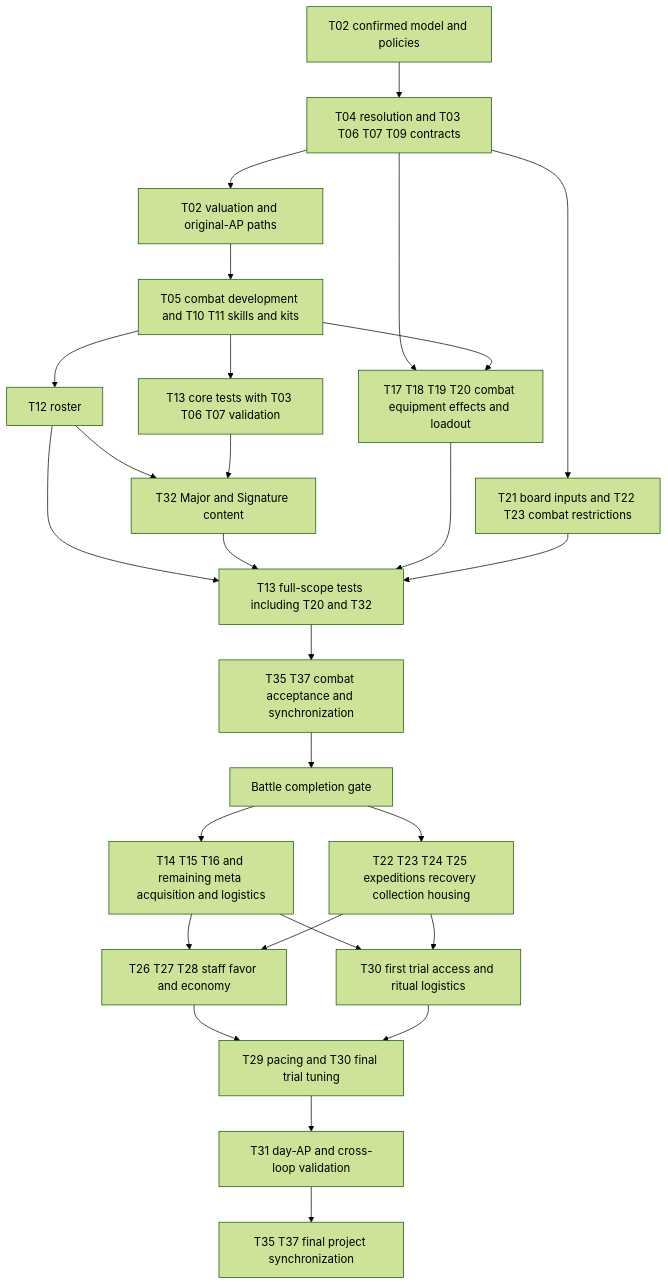
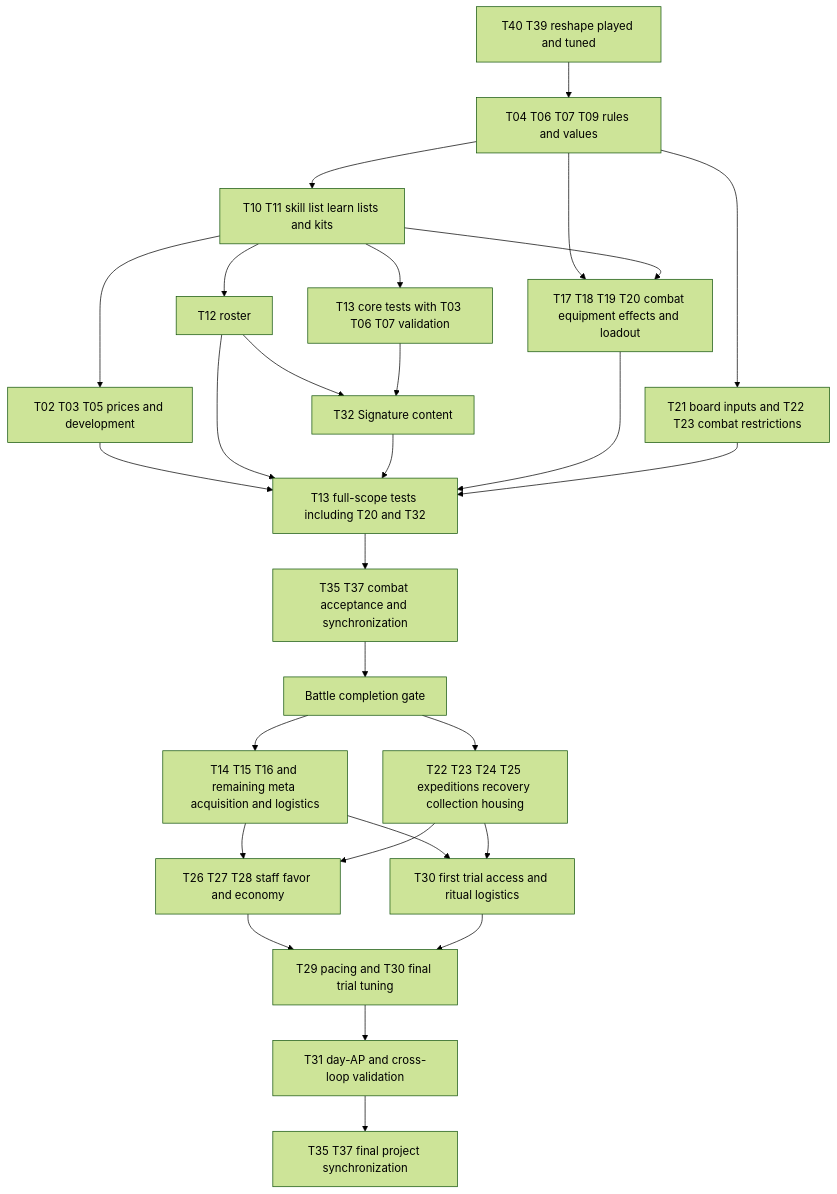
The diagram in docs/temp_todo.md (papierkorp/road_of_the_beasts), drawn with Mermaid (forest theme) before and after one commit. The commit also changed other lines of this file and 134 other files, not shown here.

````diff
--- a/docs/temp_todo.md
+++ b/docs/temp_todo.md
@@ -741,29 +553,30 @@
 ```mermaid
 flowchart TD
-    A[T02 confirmed model and policies] --> B[T04 resolution and T03 T06 T07 T09 contracts]
-    B --> C[T02 valuation and original-AP paths]
-    C --> D[T05 combat development and T10 T11 skills and kits]
+    A[T40 T39 reshape played and tuned] --> B[T04 T06 T07 T09 rules and values]
+    B --> D[T10 T11 skill list learn lists and kits]
+    D --> C[T02 T03 T05 prices and development]
     D --> E[T12 roster]
     D --> F[T13 core tests with T03 T06 T07 validation]
     B --> G[T17 T18 T19 T20 combat equipment effects and loadout]
     D --> G
     B --> H[T21 board inputs and T22 T23 combat restrictions]
-    E --> I[T32 Major and Signature content]
+    E --> I[T32 Signature content]
     F --> I
-    E --> J[T13 full-scope tests including T20 and T32]
+    C --> J[T13 full-scope tests including T20 and T32]
+    E --> J
     I --> J
     G --> J
     H --> J
     J --> K[T35 T37 combat acceptance and synchronization]
     K --> L[Battle completion gate]
     L --> M[T14 T15 T16 and remaining meta acquisition and logistics]
     L --> N[T22 T23 T24 T25 expeditions recovery collection housing]
     M --> O[T26 T27 T28 staff favor and economy]
     N --> O
     M --> P[T30 first trial access and ritual logistics]
     N --> P
     O --> Q[T29 pacing and T30 final trial tuning]
     P --> Q
     Q --> R[T31 day-AP and cross-loop validation]
     R --> S[T35 T37 final project synchronization]
 ```
````
